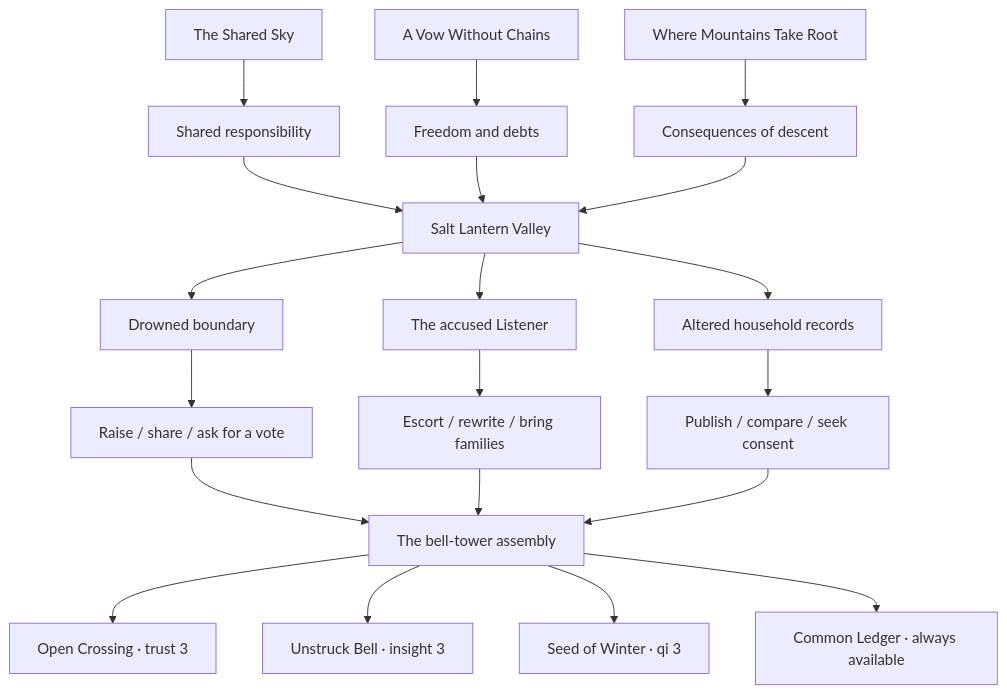
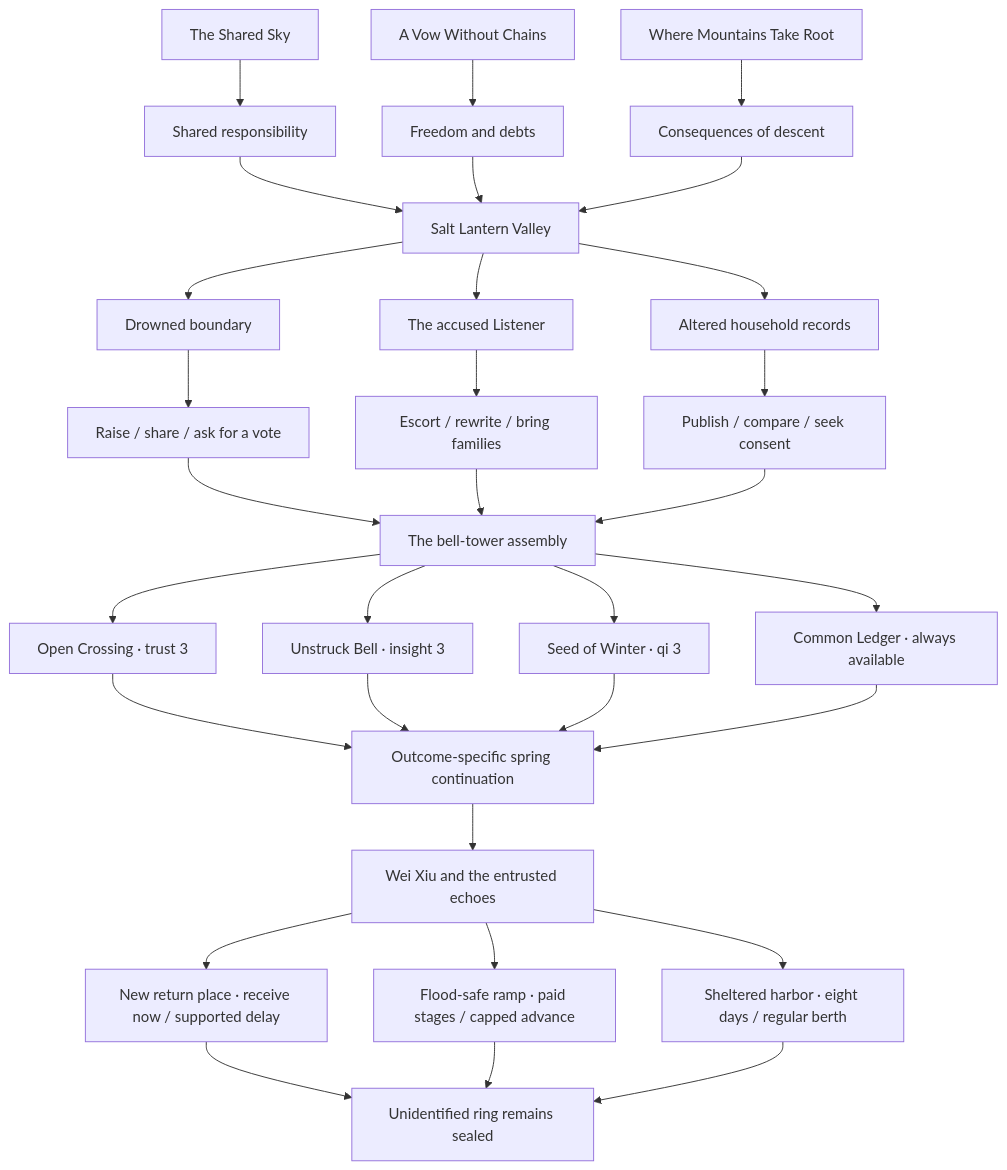
One commit to jgyy/octxian changed the first of 2 diagrams in docs/EXPANSION.md. Above: the diagram before and after it, drawn with Mermaid. The commit also changed other lines of this file and 1 other file, not shown here.

````diff
--- a/docs/EXPANSION.md
+++ b/docs/EXPANSION.md
@@ -54,22 +57,33 @@
 ```mermaid
 flowchart TD
     Shared["The Shared Sky"] --> SharedArrival["Shared responsibility"]
     Covenant["A Vow Without Chains"] --> CovenantArrival["Freedom and debts"]
     Release["Where Mountains Take Root"] --> ReleaseArrival["Consequences of descent"]
     SharedArrival --> Hub["Salt Lantern Valley"]
     CovenantArrival --> Hub
     ReleaseArrival --> Hub
     Hub --> Ferry["Drowned boundary"]
     Hub --> Reeds["The accused Listener"]
     Hub --> Archive["Altered household records"]
     Ferry --> FerryChoices["Raise / share / ask for a vote"]
     Reeds --> ReedChoices["Escort / rewrite / bring families"]
     Archive --> ArchiveChoices["Publish / compare / seek consent"]
     FerryChoices --> Conclave["The bell-tower assembly"]
     ReedChoices --> Conclave
     ArchiveChoices --> Conclave
     Conclave --> Crossing["Open Crossing · trust 3"]
     Conclave --> Bell["Unstruck Bell · insight 3"]
     Conclave --> Seed["Seed of Winter · qi 3"]
     Conclave --> Ledger["Common Ledger · always available"]
+    Crossing --> Spring["Outcome-specific spring continuation"]
+    Bell --> Spring
+    Seed --> Spring
+    Ledger --> Spring
+    Spring --> River["Wei Xiu and the entrusted echoes"]
+    River --> Return["New return place · receive now / supported delay"]
+    River --> Stair["Flood-safe ramp · paid stages / capped advance"]
+    River --> Harbor["Sheltered harbor · eight days / regular berth"]
+    Return --> Ring["Unidentified ring remains sealed"]
+    Stair --> Ring
+    Harbor --> Ring
 ```
````
